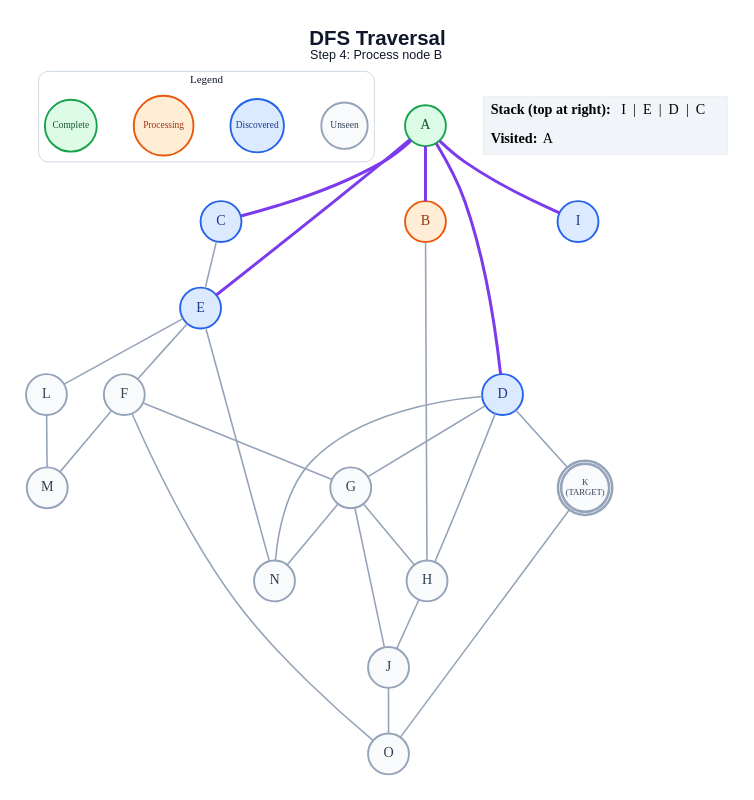
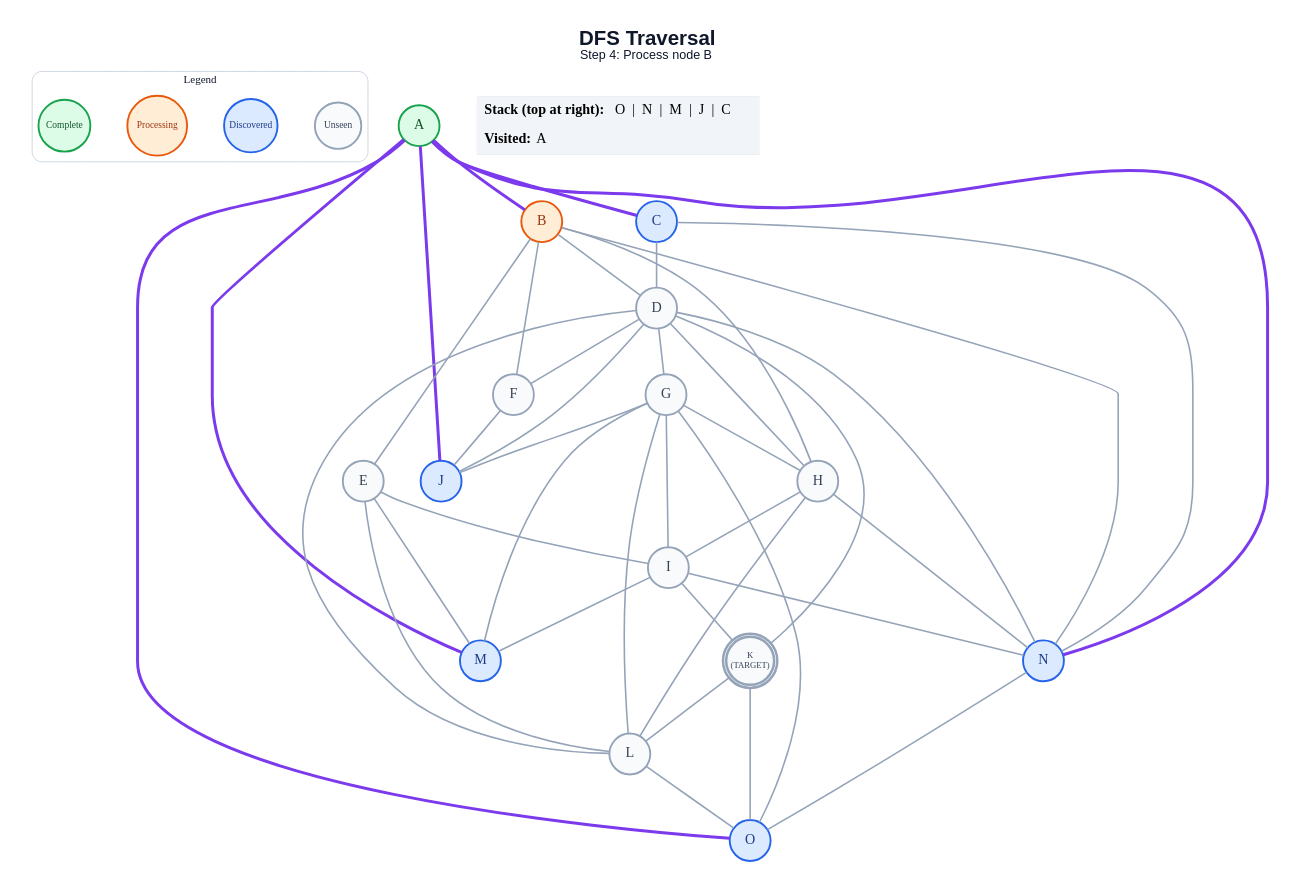
Before and after one commit to anon7238593-create/ai-slop: the diagram in generated/short-circuit/dfs/step_04.dot, drawn with Graphviz. The commit also changed 280 other files, not shown here.

```diff
--- a/generated/short-circuit/dfs/step_04.dot
+++ b/generated/short-circuit/dfs/step_04.dot
@@ -1,58 +1,74 @@
 graph traversal {
   graph [layout=dot, rankdir=TB, bgcolor="#FFFFFF", pad="0.35", nodesep="0.65", ranksep="0.8", fontname="Arial"];
   node [shape=circle, style="filled", fontname="Arial Bold", fontsize=18, width=0.72, fixedsize=true, penwidth=2.4];
   edge [color="#94A3B8", penwidth=2.0];
   label=<<B>DFS Traversal</B><BR/><FONT POINT-SIZE="16">Step 4: Process node B</FONT>>; labelloc="t"; fontsize=26; fontname="Arial"; fontcolor="#0F172A";
   subgraph cluster_legend { label="Legend"; color="#CBD5E1"; penwidth=1.2; style="rounded"; fontsize=14; fontname="Arial Bold";
     key_unseen [label="Unseen", fillcolor="#F8FAFC", color="#94A3B8", fontcolor="#334155", fontsize=12, width=0.82];
     key_frontier [label="Discovered", fillcolor="#DBEAFE", color="#2563EB", fontcolor="#1E3A8A", fontsize=12, width=0.95];
     key_current [label="Processing", fillcolor="#FFEDD5", color="#EA580C", fontcolor="#9A3412", fontsize=12, width=1.05];
     key_done [label="Complete", fillcolor="#DCFCE7", color="#16A34A", fontcolor="#14532D", fontsize=12, width=0.92];
     { rank=same; key_unseen; key_frontier; key_current; key_done; }
   }
   A [label="A", fillcolor="#DCFCE7", color="#16A34A", fontcolor="#14532D", peripheries=1, penwidth=2.4];
   B [label="B", fillcolor="#FFEDD5", color="#EA580C", fontcolor="#9A3412", peripheries=1, penwidth=2.4];
   C [label="C", fillcolor="#DBEAFE", color="#2563EB", fontcolor="#1E3A8A", peripheries=1, penwidth=2.4];
-  D [label="D", fillcolor="#DBEAFE", color="#2563EB", fontcolor="#1E3A8A", peripheries=1, penwidth=2.4];
-  E [label="E", fillcolor="#DBEAFE", color="#2563EB", fontcolor="#1E3A8A", peripheries=1, penwidth=2.4];
+  D [label="D", fillcolor="#F8FAFC", color="#94A3B8", fontcolor="#334155", peripheries=1, penwidth=2.4];
+  E [label="E", fillcolor="#F8FAFC", color="#94A3B8", fontcolor="#334155", peripheries=1, penwidth=2.4];
   F [label="F", fillcolor="#F8FAFC", color="#94A3B8", fontcolor="#334155", peripheries=1, penwidth=2.4];
   G [label="G", fillcolor="#F8FAFC", color="#94A3B8", fontcolor="#334155", peripheries=1, penwidth=2.4];
   H [label="H", fillcolor="#F8FAFC", color="#94A3B8", fontcolor="#334155", peripheries=1, penwidth=2.4];
-  I [label="I", fillcolor="#DBEAFE", color="#2563EB", fontcolor="#1E3A8A", peripheries=1, penwidth=2.4];
-  J [label="J", fillcolor="#F8FAFC", color="#94A3B8", fontcolor="#334155", peripheries=1, penwidth=2.4];
+  I [label="I", fillcolor="#F8FAFC", color="#94A3B8", fontcolor="#334155", peripheries=1, penwidth=2.4];
+  J [label="J", fillcolor="#DBEAFE", color="#2563EB", fontcolor="#1E3A8A", peripheries=1, penwidth=2.4];
   K [label="K\n(TARGET)", fillcolor="#F8FAFC", color="#94A3B8", fontcolor="#334155", peripheries=2, penwidth=3.2, fontsize=11, width=0.85, height=0.85];
   L [label="L", fillcolor="#F8FAFC", color="#94A3B8", fontcolor="#334155", peripheries=1, penwidth=2.4];
-  M [label="M", fillcolor="#F8FAFC", color="#94A3B8", fontcolor="#334155", peripheries=1, penwidth=2.4];
-  N [label="N", fillcolor="#F8FAFC", color="#94A3B8", fontcolor="#334155", peripheries=1, penwidth=2.4];
-  O [label="O", fillcolor="#F8FAFC", color="#94A3B8", fontcolor="#334155", peripheries=1, penwidth=2.4];
+  M [label="M", fillcolor="#DBEAFE", color="#2563EB", fontcolor="#1E3A8A", peripheries=1, penwidth=2.4];
+  N [label="N", fillcolor="#DBEAFE", color="#2563EB", fontcolor="#1E3A8A", peripheries=1, penwidth=2.4];
+  O [label="O", fillcolor="#DBEAFE", color="#2563EB", fontcolor="#1E3A8A", peripheries=1, penwidth=2.4];
   A -- B [color="#7C3AED", penwidth=3.8];
   A -- C [color="#7C3AED", penwidth=3.8];
-  A -- D [color="#7C3AED", penwidth=3.8];
-  A -- E [color="#7C3AED", penwidth=3.8];
-  A -- I [color="#7C3AED", penwidth=3.8];
+  A -- J [color="#7C3AED", penwidth=3.8];
+  A -- M [color="#7C3AED", penwidth=3.8];
+  A -- N [color="#7C3AED", penwidth=3.8];
+  A -- O [color="#7C3AED", penwidth=3.8];
+  B -- D;
+  B -- E;
+  B -- F;
   B -- H;
-  C -- E;
+  B -- N;
+  C -- D;
+  C -- N;
+  D -- F;
   D -- G;
   D -- H;
+  D -- J;
   D -- K;
+  D -- L;
   D -- N;
-  E -- F;
+  E -- I;
   E -- L;
-  E -- N;
-  F -- G;
-  F -- M;
-  F -- O;
+  E -- M;
+  F -- J;
   G -- H;
+  G -- I;
   G -- J;
-  G -- N;
-  H -- J;
-  J -- O;
+  G -- L;
+  G -- M;
+  G -- O;
+  H -- I;
+  H -- L;
+  H -- N;
+  I -- K;
+  I -- M;
+  I -- N;
+  K -- L;
   K -- O;
-  L -- M;
+  L -- O;
+  N -- O;
   status [shape=plain, fixedsize=false, width=0, height=0, margin=0, label=<
     <TABLE BORDER="0" CELLBORDER="0" CELLPADDING="7" BGCOLOR="#F1F5F9">
-      <TR><TD ALIGN="LEFT"><B>Stack (top at right):</B> I  |  E  |  D  |  C</TD></TR>
+      <TR><TD ALIGN="LEFT"><B>Stack (top at right):</B> O  |  N  |  M  |  J  |  C</TD></TR>
       <TR><TD ALIGN="LEFT"><B>Visited:</B> A</TD></TR>
     </TABLE>
   >];
 }
```
